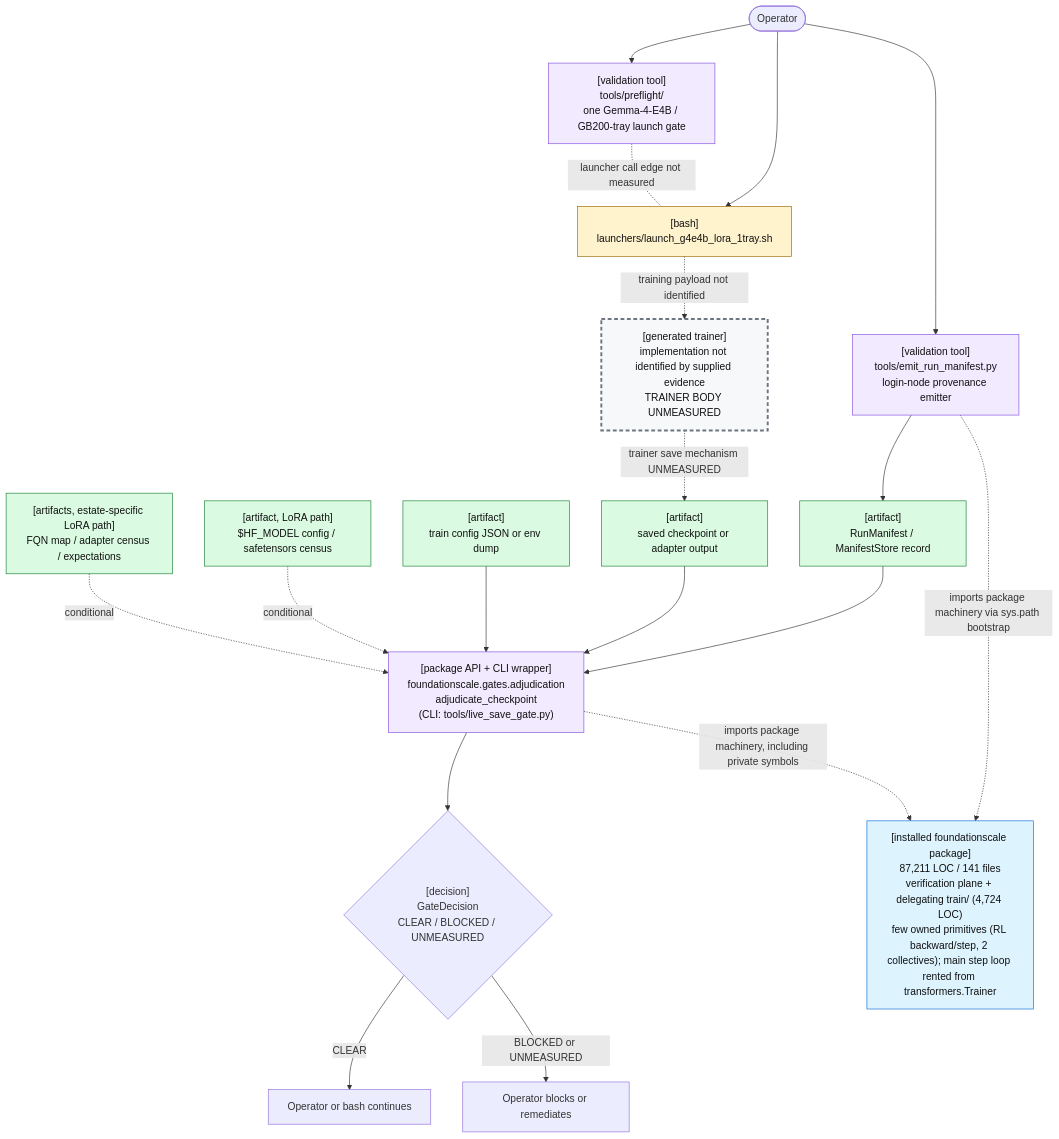
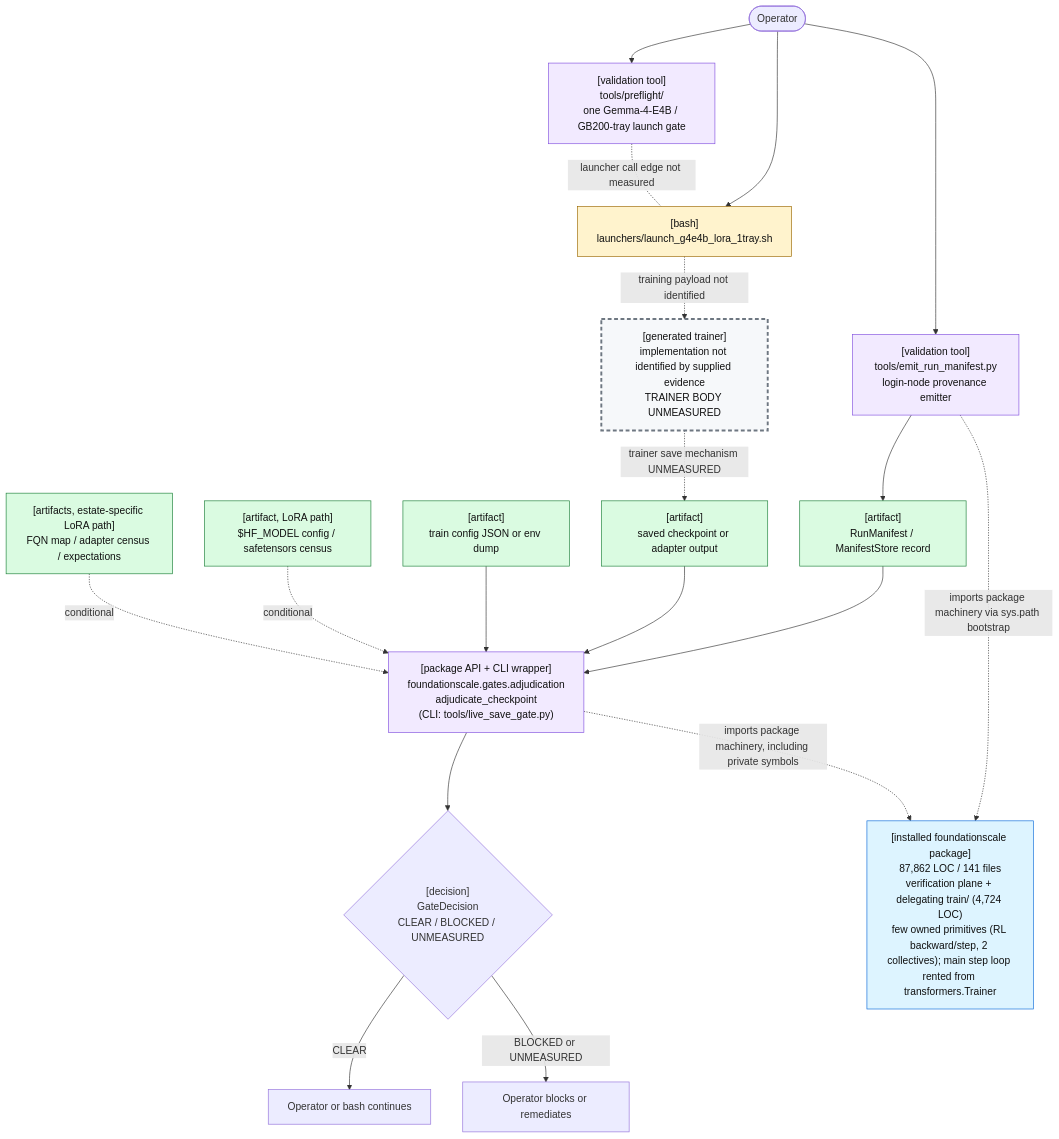
One commit to TranNhiem/FoundationScale changed the first of 2 diagrams in docs/review/D2_current_architecture.md. Above: the diagram before and after it, drawn with Mermaid. The commit also changed other lines of this file and 10 other files, not shown here.

````diff
--- a/docs/review/D2_current_architecture.md
+++ b/docs/review/D2_current_architecture.md
@@ -25,59 +25,59 @@
 ```mermaid
 flowchart TB
   O(["Operator"])
 
   PF["[validation tool]<br/>tools/preflight/<br/>one Gemma-4-E4B / GB200-tray launch gate"]
   L["[bash]<br/>launchers/launch_g4e4b_lora_1tray.sh"]
 
   E["[validation tool]<br/>tools/emit_run_manifest.py<br/>login-node provenance emitter"]
   M["[artifact]<br/>RunManifest / ManifestStore record"]
 
   T["[generated trainer]<br/>implementation not identified by supplied evidence<br/>TRAINER BODY UNMEASURED"]
   C["[artifact]<br/>saved checkpoint or adapter output"]
 
   G["[package API + CLI wrapper]<br/>foundationscale.gates.adjudication<br/>adjudicate_checkpoint<br/>(CLI: tools/live_save_gate.py)"]
   CFG["[artifact]<br/>train config JSON or env dump"]
   BASE["[artifact, LoRA path]<br/>$HF_MODEL config / safetensors census"]
   CEN["[artifacts, estate-specific LoRA path]<br/>FQN map / adapter census / expectations"]
 
   D{"[decision]<br/>GateDecision<br/>CLEAR / BLOCKED / UNMEASURED"}
   OK["Operator or bash continues"]
   NO["Operator blocks or remediates"]
 
-  PKG["[installed foundationscale package]<br/>87,211 LOC / 141 files<br/>verification plane + delegating train/ (4,724 LOC)<br/>few owned primitives (RL backward/step, 2 collectives); main step loop rented from transformers.Trainer"]
+  PKG["[installed foundationscale package]<br/>87,862 LOC / 141 files<br/>verification plane + delegating train/ (4,724 LOC)<br/>few owned primitives (RL backward/step, 2 collectives); main step loop rented from transformers.Trainer"]
 
   O --> PF
   O --> L
   PF -. "launcher call edge not measured" .- L
 
   O --> E
   E --> M
 
   L -. "training payload not identified" .-> T
   T -. "trainer save mechanism UNMEASURED" .-> C
 
   M --> G
   C --> G
   CFG --> G
   BASE -. "conditional" .-> G
   CEN -. "conditional" .-> G
 
   E -. "imports package machinery via sys.path bootstrap" .-> PKG
   G -. "imports package machinery, including private symbols" .-> PKG
 
   G --> D
   D -->|"CLEAR"| OK
   D -->|"BLOCKED or UNMEASURED"| NO
 
   classDef bash fill:#fff3cd,stroke:#9a6700,color:#111;
   classDef tool fill:#f2eaff,stroke:#8250df,color:#111;
   classDef artifact fill:#dafbe1,stroke:#1a7f37,color:#111;
   classDef gap fill:#f6f8fa,stroke:#6e7781,stroke-width:3px,stroke-dasharray: 6 4,color:#111;
   classDef pkg fill:#ddf4ff,stroke:#0969da,color:#111;
 
   class L bash;
   class PF,E,G tool;
   class M,C,CFG,BASE,CEN artifact;
   class T gap;
   class PKG pkg;
 ```
````
